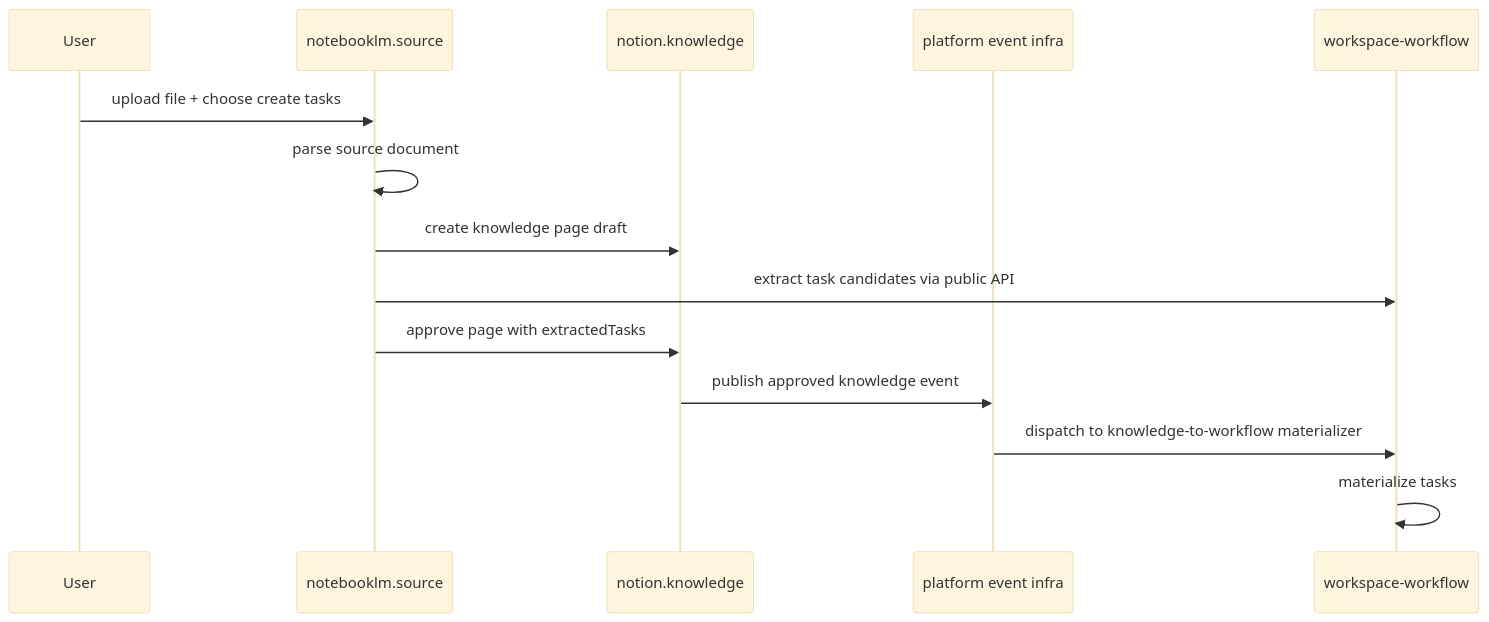
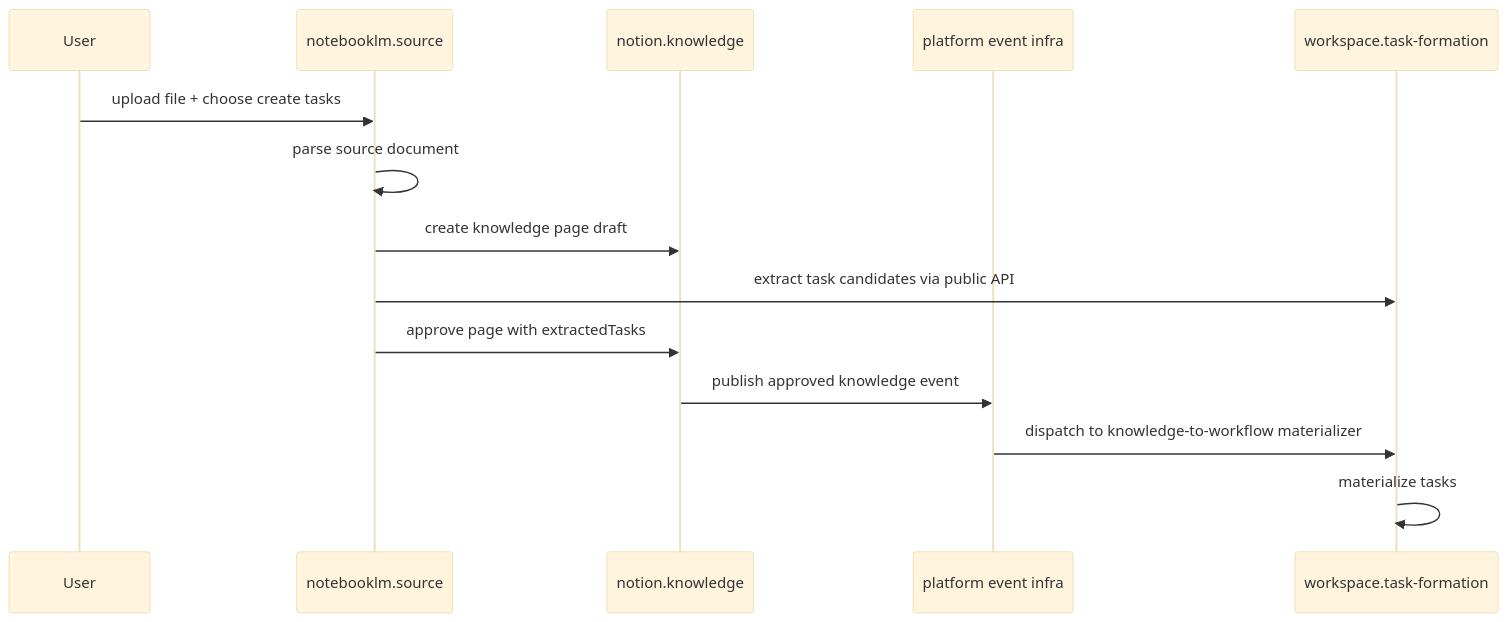
The diagram in docs/architecture/source-to-task-flow.md (122sp7/xuanwu-app), drawn with Mermaid (base theme) before and after one commit. The commit also changed other lines of this file and 3 other files, not shown here.

Commit message:
refactor: update domain terminology and improve subdomain clarity in architecture documentation

````diff
--- a/docs/architecture/source-to-task-flow.md
+++ b/docs/architecture/source-to-task-flow.md
@@ -47,17 +47,17 @@
 ```mermaid
 sequenceDiagram
     participant U as User
     participant N as notebooklm.source
     participant K as notion.knowledge
     participant P as platform event infra
-    participant W as workspace-workflow
+    participant W as workspace.task-formation
 
     U->>N: upload file + choose create tasks
     N->>N: parse source document
     N->>K: create knowledge page draft
     N->>W: extract task candidates via public API
     N->>K: approve page with extractedTasks
     K->>P: publish approved knowledge event
     P->>W: dispatch to knowledge-to-workflow materializer
     W->>W: materialize tasks
 ```
````
